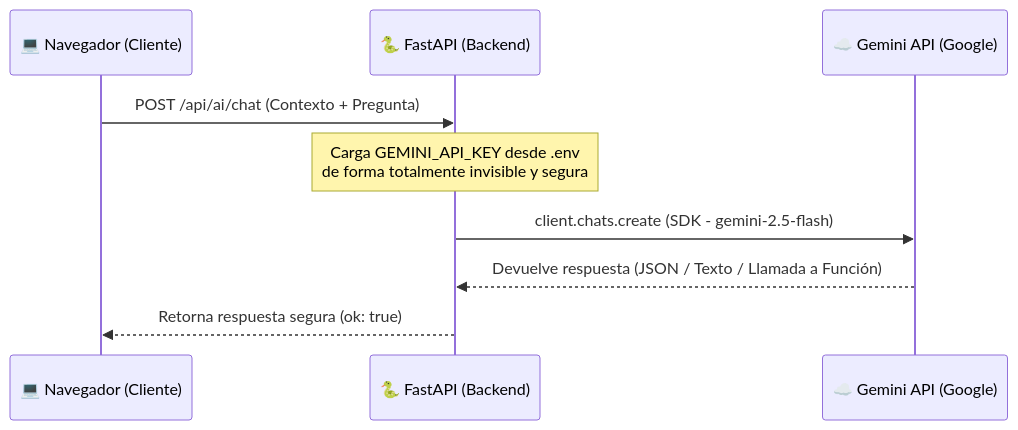
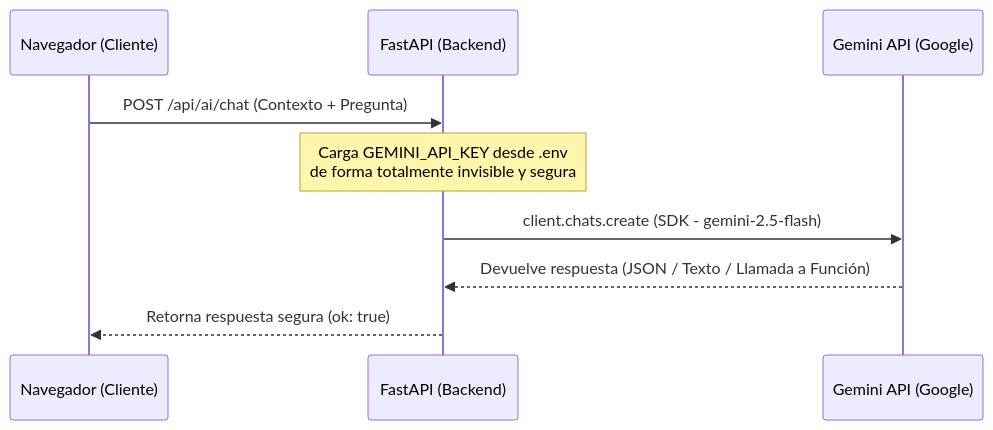
The diagram in mds/ia_insights_y_seguridad.md (carpincho2/Gestor-Finanzas), drawn with Mermaid before and after one commit. The commit also changed 2 other files, not shown here.

Commit message:
docs: remover emojis de todos los diagramas mermaid

````diff
--- a/mds/ia_insights_y_seguridad.md
+++ b/mds/ia_insights_y_seguridad.md
@@ -18,12 +18,12 @@
 ```mermaid
 sequenceDiagram
-    participant Usuario as 💻 Navegador (Cliente)
-    participant Servidor as 🐍 FastAPI (Backend)
-    participant Gemini as ☁️ Gemini API (Google)
+    participant Usuario as Navegador (Cliente)
+    participant Servidor as FastAPI (Backend)
+    participant Gemini as Gemini API (Google)
     
     Usuario->>Servidor: POST /api/ai/chat (Contexto + Pregunta)
     Note over Servidor: Carga GEMINI_API_KEY desde .env<br/>de forma totalmente invisible y segura
     Servidor->>Gemini: client.chats.create (SDK - gemini-2.5-flash)
     Gemini-->>Servidor: Devuelve respuesta (JSON / Texto / Llamada a Función)
     Servidor-->>Usuario: Retorna respuesta segura (ok: true)
 ```
````
